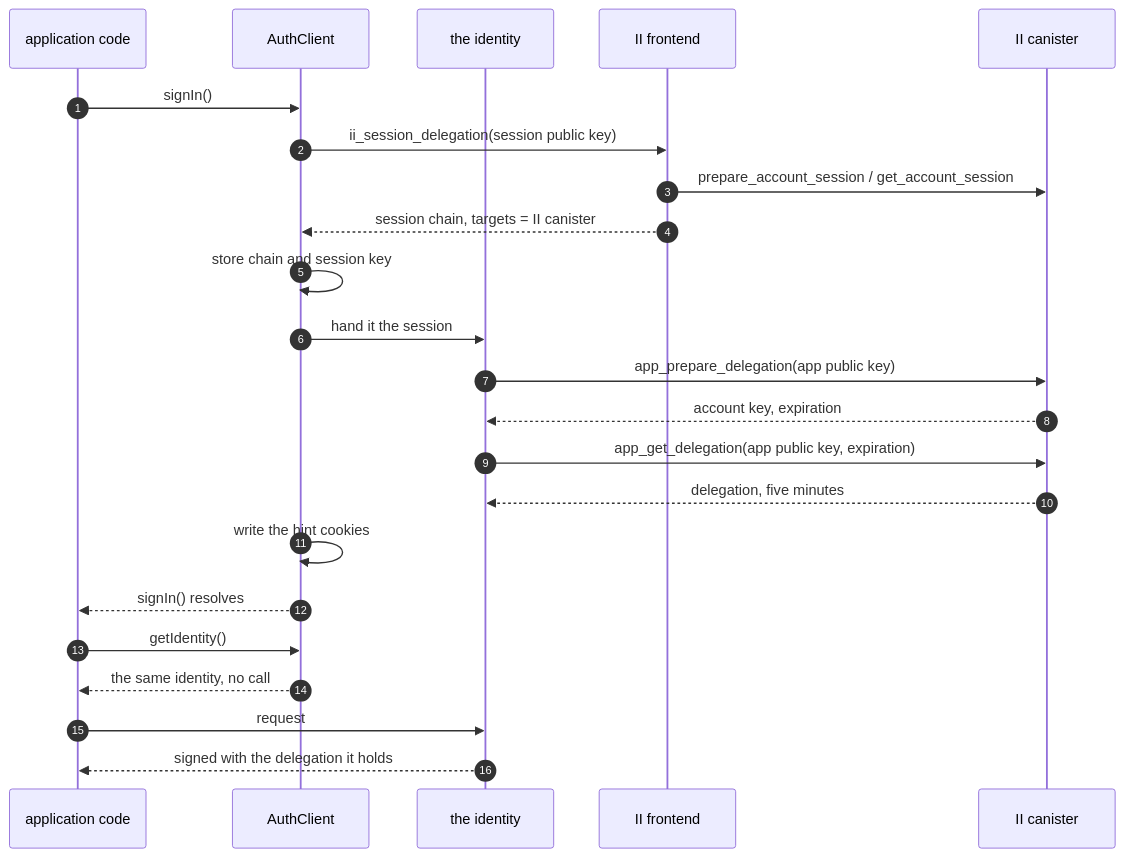
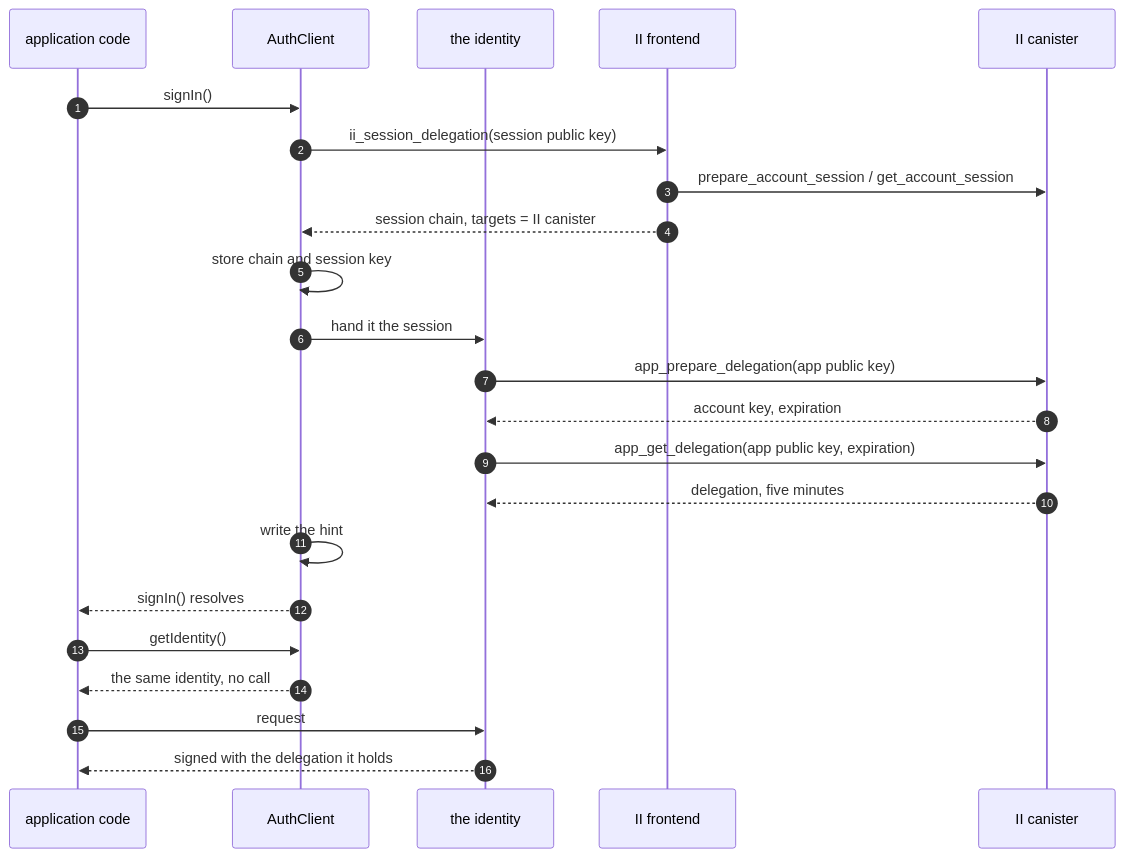
The first of 3 diagrams in docs/ongoing/client-app-sessions-spec.md (dfinity/internet-identity), drawn with Mermaid before and after one commit. The commit also changed other lines of this file and 1 other file, not shown here.

First line of the commit message:
docs: one hint, held by its own leaf

````diff
--- a/docs/ongoing/client-app-sessions-spec.md
+++ b/docs/ongoing/client-app-sessions-spec.md
@@ -32,27 +32,27 @@
 ```mermaid
 sequenceDiagram
     autonumber
     participant App as application code
     participant AC as AuthClient
     participant Id as the identity
     participant IIF as II frontend
     participant IIC as II canister
 
     App->>AC: signIn()
     AC->>IIF: ii_session_delegation(session public key)
     IIF->>IIC: prepare_account_session / get_account_session
     IIF-->>AC: session chain, targets = II canister
     AC->>AC: store chain and session key
     AC->>Id: hand it the session
     Id->>IIC: app_prepare_delegation(app public key)
     IIC-->>Id: account key, expiration
     Id->>IIC: app_get_delegation(app public key, expiration)
     IIC-->>Id: delegation, five minutes
-    AC->>AC: write the hint cookies
+    AC->>AC: write the hint
     AC-->>App: signIn() resolves
 
     App->>AC: getIdentity()
     AC-->>App: the same identity, no call
     App->>Id: request
     Id-->>App: signed with the delegation it holds
 ```
````
